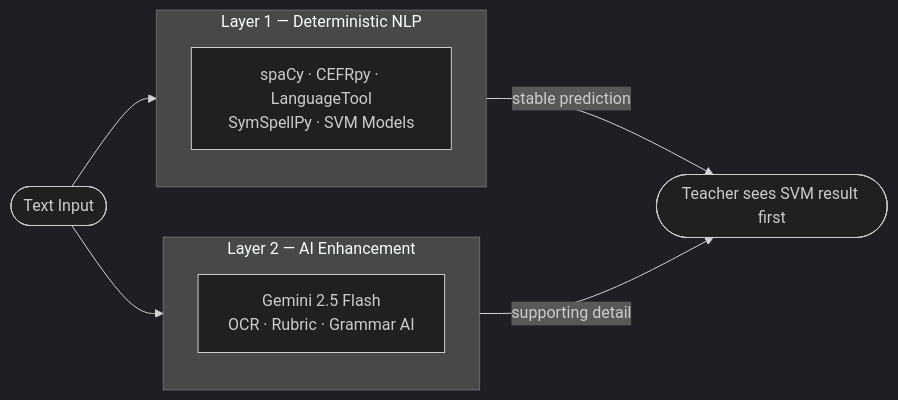
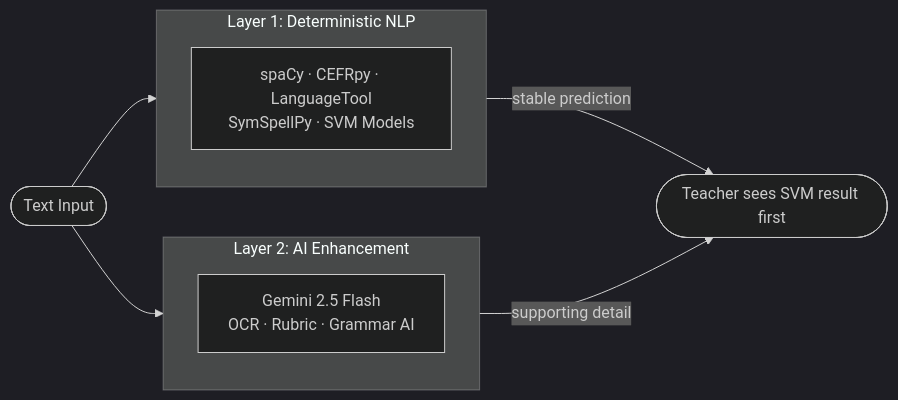
One commit to ianxroy/readtrack changed the fifth of 5 diagrams in defense-member3-system.md. Above: the diagram before and after it, drawn with Mermaid (dark theme). The commit also changed other lines of this file and 9 other files, not shown here.

````diff
--- a/defense-member3-system.md
+++ b/defense-member3-system.md
@@ -137,16 +137,16 @@
 ```mermaid
 graph LR
     Input(["Text Input"]) --> L1
 
-    subgraph L1["Layer 1 — Deterministic NLP"]
+    subgraph L1["Layer 1: Deterministic NLP"]
         NLP["spaCy · CEFRpy · LanguageTool<br/>SymSpellPy · SVM Models"]
     end
 
-    subgraph L2["Layer 2 — AI Enhancement"]
+    subgraph L2["Layer 2: AI Enhancement"]
         AI["Gemini 2.5 Flash<br/>OCR · Rubric · Grammar AI"]
     end
 
     L1 -- stable prediction --> Output(["Teacher sees SVM result first"])
     L2 -- supporting detail --> Output
     Input --> L2
 ```
````
